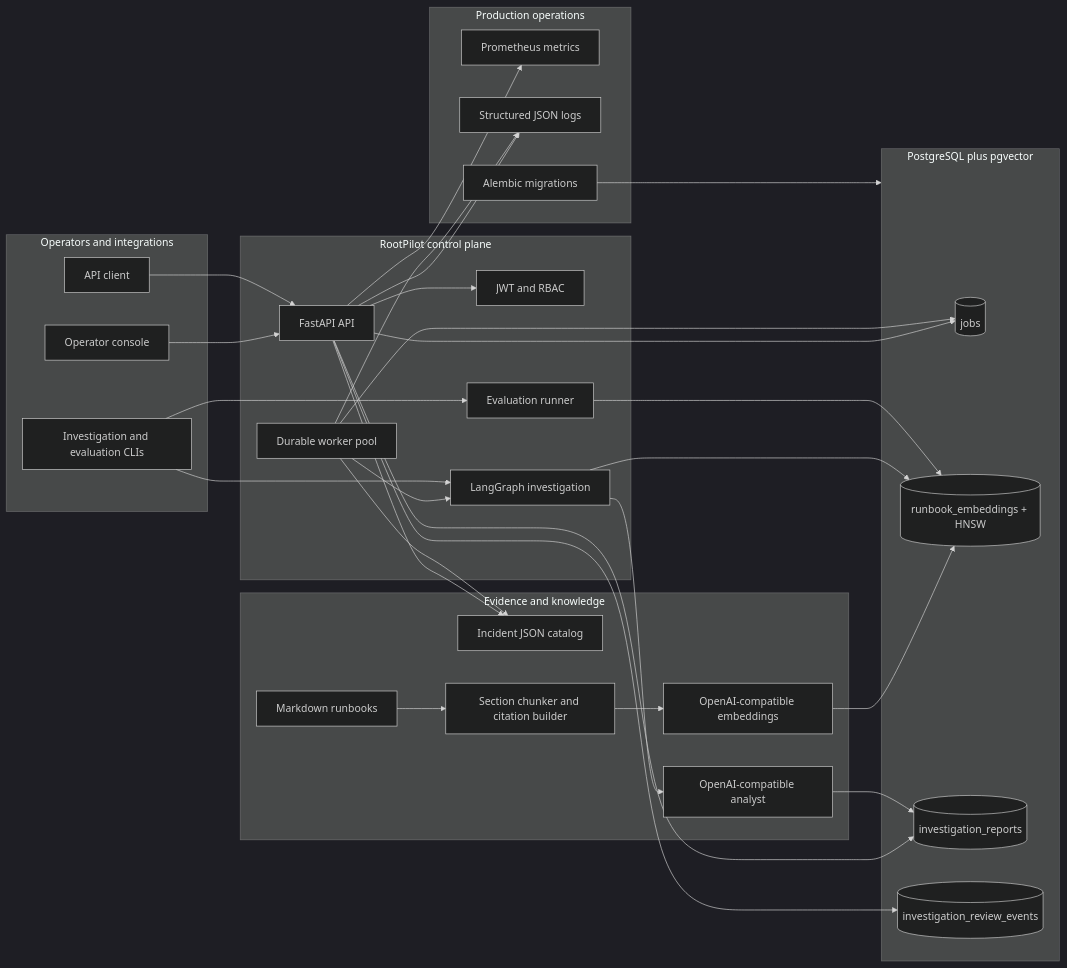
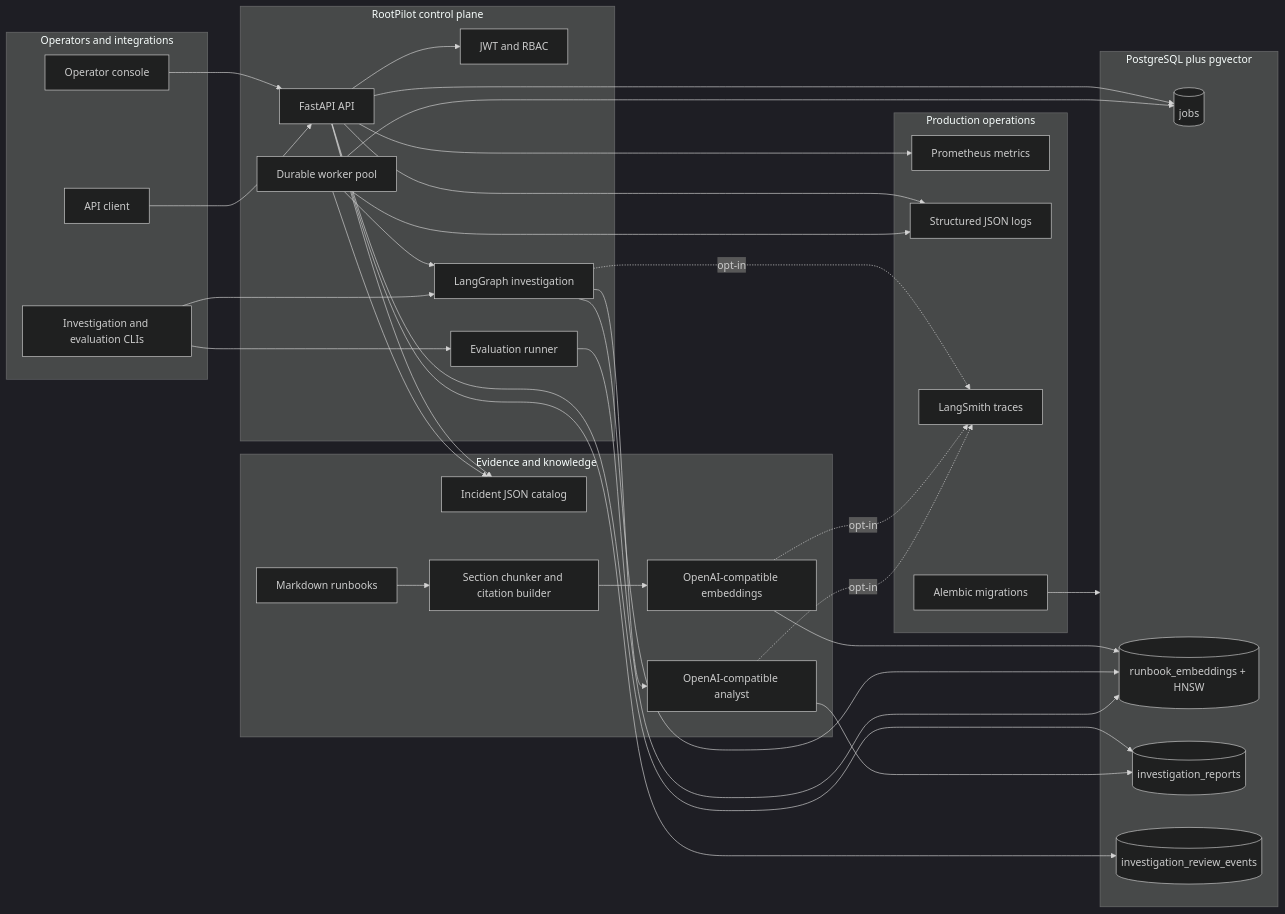
One commit to shreyas671/RootPilot changed the first of 4 diagrams in README.md. Above: the diagram before and after it, drawn with Mermaid (dark theme). The commit also changed other lines of this file and 19 other files, not shown here.

Commit message:
Added LangSmith Observability feature

````diff
--- a/README.md
+++ b/README.md
@@ -139,61 +139,65 @@
 ```mermaid
 flowchart LR
     subgraph Users[Operators and integrations]
         UI[Operator console]
         CLIENT[API client]
         CLI[Investigation and evaluation CLIs]
     end
 
     subgraph Control[RootPilot control plane]
         API[FastAPI API]
         AUTH[JWT and RBAC]
         WORKER[Durable worker pool]
         GRAPH[LangGraph investigation]
         EVAL[Evaluation runner]
     end
 
     subgraph Knowledge[Evidence and knowledge]
         INCIDENTS[Incident JSON catalog]
         RUNBOOKS[Markdown runbooks]
         CHUNKS[Section chunker and citation builder]
         EMBED[OpenAI-compatible embeddings]
         ANALYST[OpenAI-compatible analyst]
     end
 
     subgraph Data[PostgreSQL plus pgvector]
         JOBS[(jobs)]
         VECTORS[(runbook_embeddings + HNSW)]
         REPORTS[(investigation_reports)]
         EVENTS[(investigation_review_events)]
     end
 
     subgraph Ops[Production operations]
         METRICS[Prometheus metrics]
         LOGS[Structured JSON logs]
+        TRACES[LangSmith traces]
         MIGRATIONS[Alembic migrations]
     end
 
     UI --> API
     CLIENT --> API
     API --> AUTH
     API --> INCIDENTS
     API --> JOBS
     API --> REPORTS
     API --> EVENTS
     WORKER --> JOBS
     WORKER --> INCIDENTS
     RUNBOOKS --> CHUNKS
     CHUNKS --> EMBED
     EMBED --> VECTORS
     WORKER --> GRAPH
     GRAPH --> VECTORS
     GRAPH --> ANALYST
     ANALYST --> REPORTS
     CLI --> GRAPH
     CLI --> EVAL
     EVAL --> VECTORS
     API --> METRICS
     API --> LOGS
     WORKER --> LOGS
+    GRAPH -. opt-in .-> TRACES
+    EMBED -. opt-in .-> TRACES
+    ANALYST -. opt-in .-> TRACES
     MIGRATIONS --> Data
 ```
````
